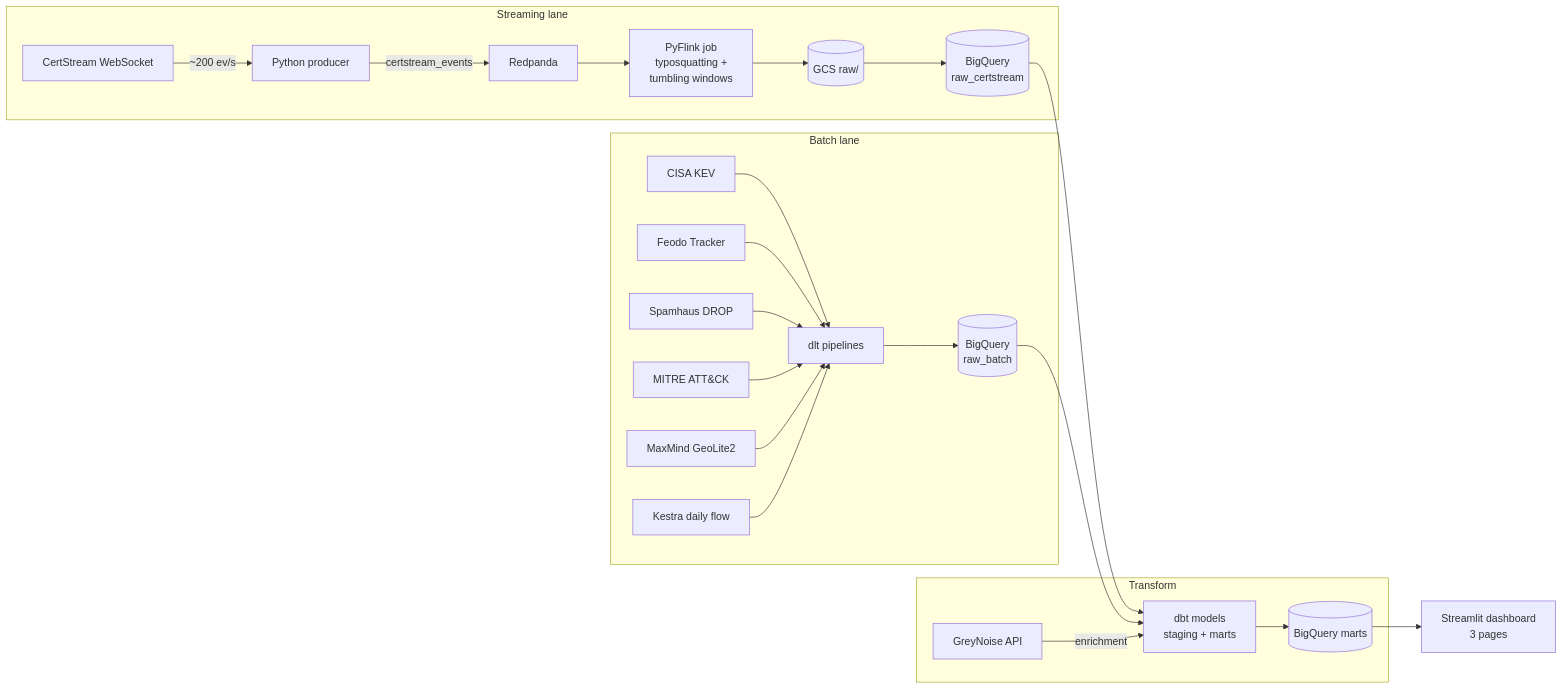
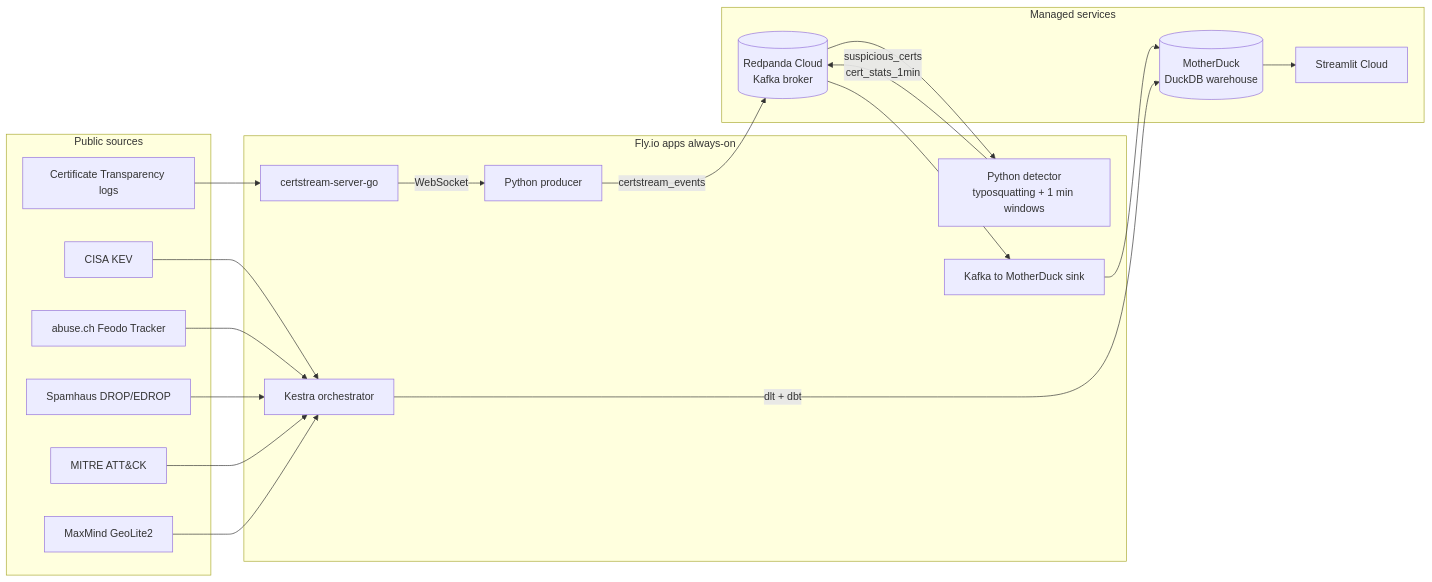
The diagram in README.md (pavel-kalmykov/phishing-radar), drawn with Mermaid before and after one commit. The commit also changed other lines of this file, not shown here.

Commit message:
docs(readme): rewrite in English with project story and architecture

````diff
--- a/README.md
+++ b/README.md
@@ -15,29 +20,42 @@
 ```mermaid
 flowchart LR
-    subgraph streaming[Streaming lane]
-        CS[CertStream WebSocket] -->|~200 ev/s| PROD[Python producer]
-        PROD -->|certstream_events| RP[Redpanda]
-        RP --> FLINK[PyFlink job<br/>typosquatting +<br/>tumbling windows]
-        FLINK --> GCS1[(GCS raw/)]
-        GCS1 --> BQ1[(BigQuery<br/>raw_certstream)]
+    subgraph src[Public sources]
+        CT[Certificate Transparency logs]
+        KEV[CISA KEV]
+        FEO[abuse.ch Feodo Tracker]
+        SPAM[Spamhaus DROP/EDROP]
+        MITRE[MITRE ATT&CK]
+        MM[MaxMind GeoLite2]
     end
 
-    subgraph batch[Batch lane]
-        KEV[CISA KEV] --> DLT[dlt pipelines]
-        FEODO[Feodo Tracker] --> DLT
-        SPAM[Spamhaus DROP] --> DLT
-        MITRE[MITRE ATT&CK] --> DLT
-        GEO[MaxMind GeoLite2] --> DLT
-        DLT --> BQ2[(BigQuery<br/>raw_batch)]
-        KESTRA[Kestra daily flow] --> DLT
+    subgraph fly[Fly.io apps always-on]
+        CS[certstream-server-go]
+        PROD[Python producer]
+        DET[Python detector<br/>typosquatting + 1 min windows]
+        SINK[Kafka to MotherDuck sink]
+        KES[Kestra orchestrator]
     end
 
-    subgraph transform[Transform]
-        BQ1 --> DBT[dbt models<br/>staging + marts]
-        BQ2 --> DBT
-        GN[GreyNoise API] -->|enrichment| DBT
-        DBT --> MARTS[(BigQuery marts)]
+    subgraph cloud[Managed services]
+        RP[(Redpanda Cloud<br/>Kafka broker)]
+        MD[(MotherDuck<br/>DuckDB warehouse)]
+        ST[Streamlit Cloud]
     end
 
-    MARTS --> ST[Streamlit dashboard<br/>3 pages]
+    CT --> CS
+    CS -->|WebSocket| PROD
+    PROD -->|certstream_events| RP
+    RP --> DET
+    DET -->|suspicious_certs<br/>cert_stats_1min| RP
+    RP --> SINK
+    SINK --> MD
+
+    KEV --> KES
+    FEO --> KES
+    SPAM --> KES
+    MITRE --> KES
+    MM --> KES
+    KES -->|dlt + dbt| MD
+
+    MD --> ST
 ```
````
